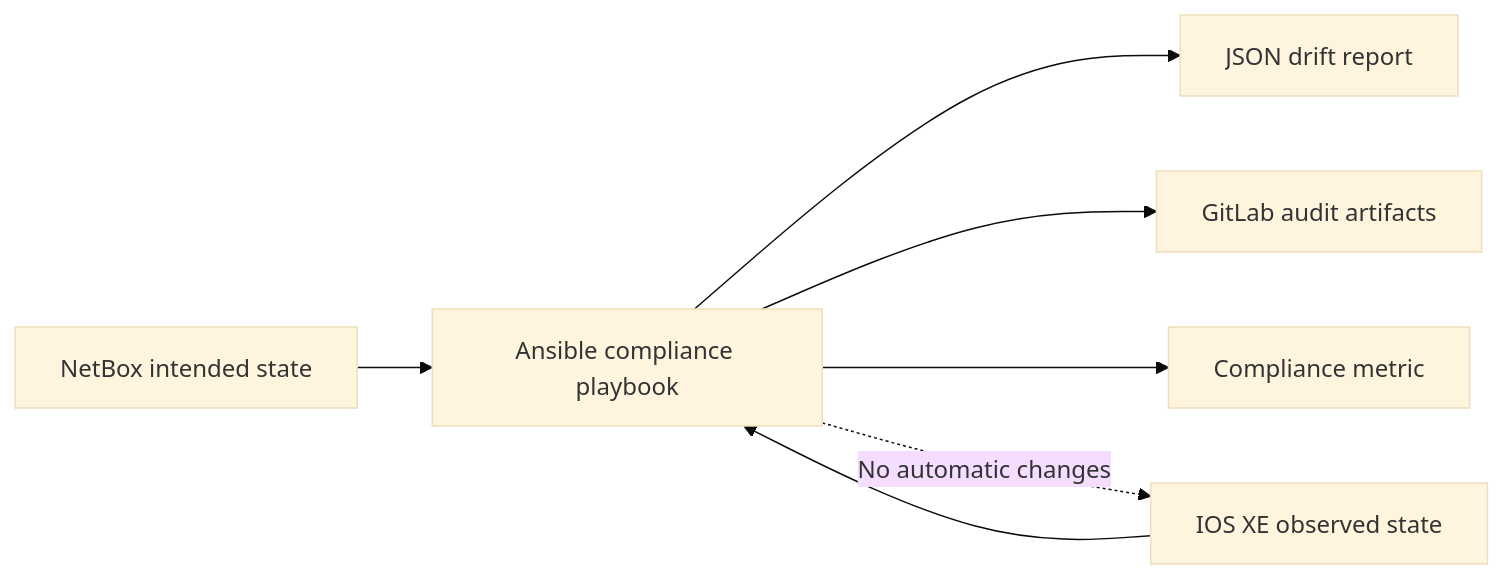
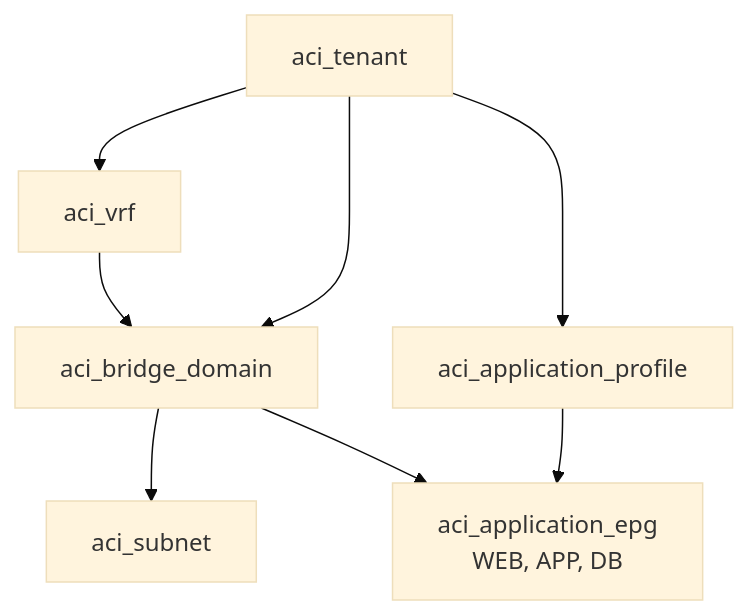
Before and after one commit to tanthanh85/CCNPAUTO: the second of 2 diagrams in LAB/Lab12/Lab12.md, drawn with Mermaid (base theme). The commit also changed other lines of this file and 113 other files, not shown here.

````diff
--- a/LAB/Lab12/Lab12.md
+++ b/LAB/Lab12/Lab12.md
@@ -18,9 +90,10 @@
 ```mermaid
-flowchart LR
-    N["NetBox intended state"] --> C["Ansible compliance playbook"]
-    R["IOS XE observed state"] --> C
-    C --> J["JSON drift report"]
-    C --> A["GitLab audit artifacts"]
-    C --> M["Compliance metric"]
-    C -. "No automatic changes" .-> R
+flowchart TD
+    Tenant["aci_tenant"] --> VRF["aci_vrf"]
+    Tenant --> BD["aci_bridge_domain"]
+    VRF --> BD
+    BD --> Subnet["aci_subnet"]
+    Tenant --> AP["aci_application_profile"]
+    AP --> EPGs["aci_application_epg<br/>WEB, APP, DB"]
+    BD --> EPGs
 ```
````
